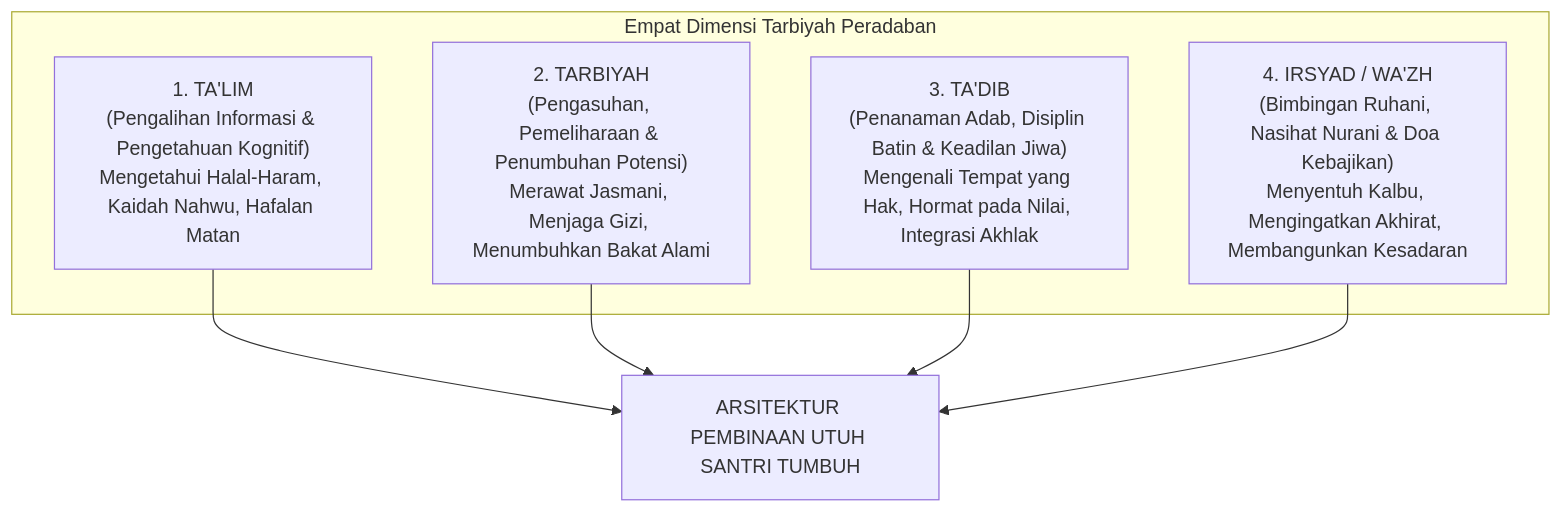
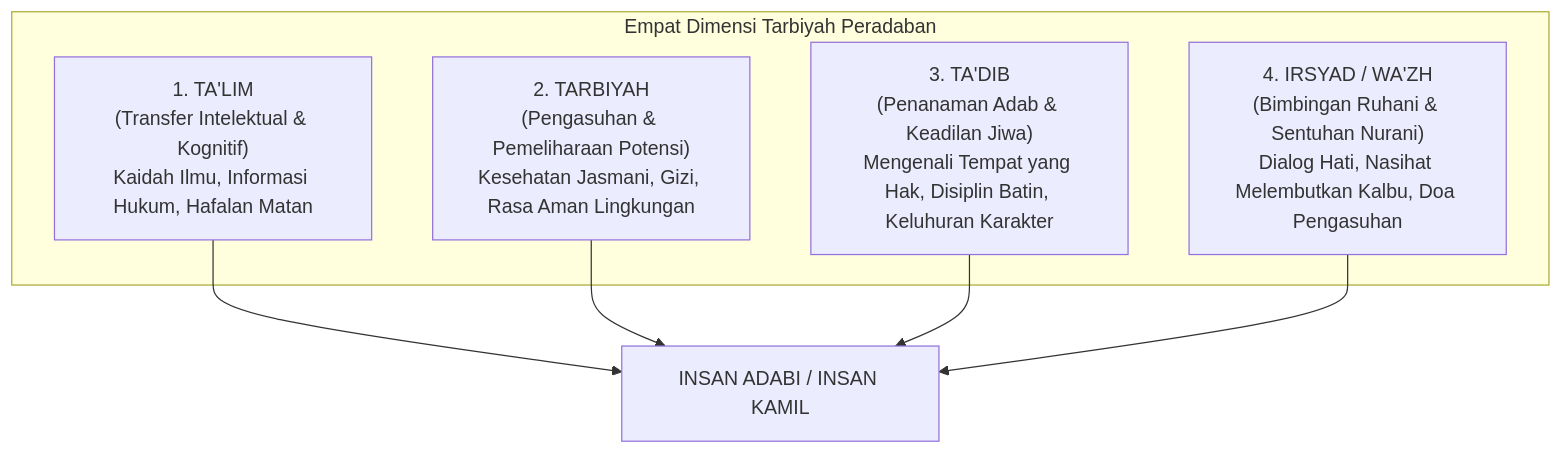
The first of 4 diagrams in BOOK Series 1/01-The-Fundamental-of-TUMBUH/BAGIAN-III/Bab-06-Falsafah-Tarbiyah-Tadib-dan-Ekosistem-Keteladanan.md (wandiapriliyandi/tumbuh), drawn with Mermaid before and after one commit. The commit also changed other lines of this file and 4 other files, not shown here.

````diff
--- a/BOOK Series 1/01-The-Fundamental-of-TUMBUH/BAGIAN-III/Bab-06-Falsafah-Tarbiyah-Tadib-dan-Ekosistem-Keteladanan.md
+++ b/BOOK Series 1/01-The-Fundamental-of-TUMBUH/BAGIAN-III/Bab-06-Falsafah-Tarbiyah-Tadib-dan-Ekosistem-Keteladanan.md
@@ -19,14 +29,14 @@
 ```mermaid
 graph TD
     subgraph EMPAT_DIMENSI_PENDIDIKAN_ISLAM["Empat Dimensi Tarbiyah Peradaban"]
-        TL["1. TA'LIM<br/>(Pengalihan Informasi & Pengetahuan Kognitif)<br/>Mengetahui Halal-Haram, Kaidah Nahwu, Hafalan Matan"]
-        TR["2. TARBIYAH<br/>(Pengasuhan, Pemeliharaan & Penumbuhan Potensi)<br/>Merawat Jasmani, Menjaga Gizi, Menumbuhkan Bakat Alami"]
-        TD["3. TA'DIB<br/>(Penanaman Adab, Disiplin Batin & Keadilan Jiwa)<br/>Mengenali Tempat yang Hak, Hormat pada Nilai, Integrasi Akhlak"]
-        IR["4. IRSYAD / WA'ZH<br/>(Bimbingan Ruhani, Nasihat Nurani & Doa Kebajikan)<br/>Menyentuh Kalbu, Mengingatkan Akhirat, Membangunkan Kesadaran"]
+        TL["1. TA'LIM<br/>(Transfer Intelektual & Kognitif)<br/>Kaidah Ilmu, Informasi Hukum, Hafalan Matan"]
+        TR["2. TARBIYAH<br/>(Pengasuhan & Pemeliharaan Potensi)<br/>Kesehatan Jasmani, Gizi, Rasa Aman Lingkungan"]
+        TD["3. TA'DIB<br/>(Penanaman Adab & Keadilan Jiwa)<br/>Mengenali Tempat yang Hak, Disiplin Batin, Keluhuran Karakter"]
+        IR["4. IRSYAD / WA'ZH<br/>(Bimbingan Ruhani & Sentuhan Nurani)<br/>Dialog Hati, Nasihat Melembutkan Kalbu, Doa Pengasuhan"]
     end
 
-    TL --> S["ARSITEKTUR PEMBINAAN UTUH SANTRI TUMBUH"]
+    TL --> S["INSAN ADABI / INSAN KAMIL"]
     TR --> S
     TD --> S
     IR --> S
 ```
````
